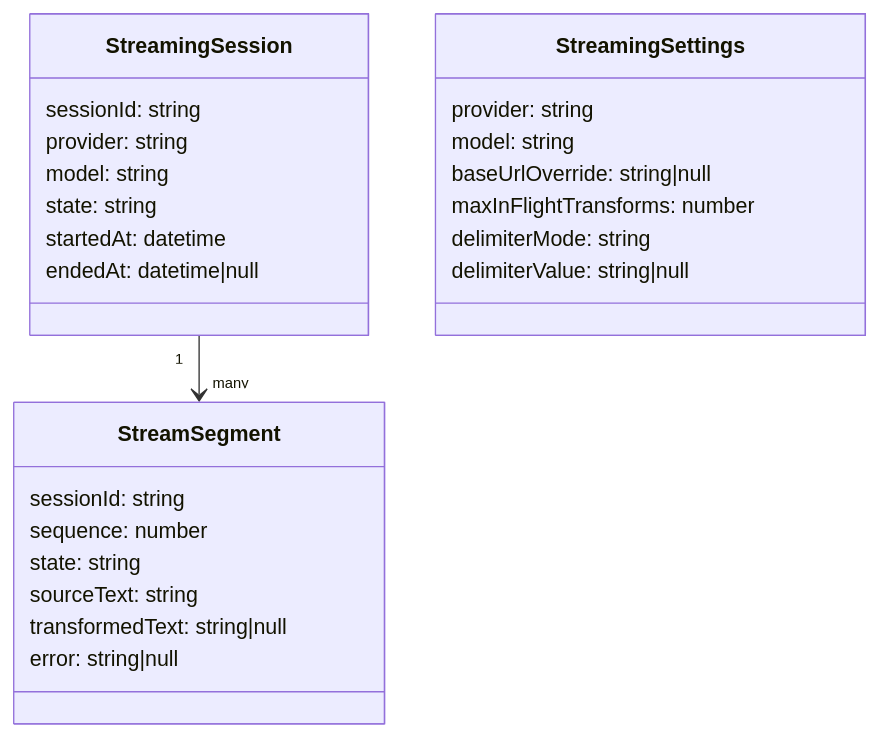
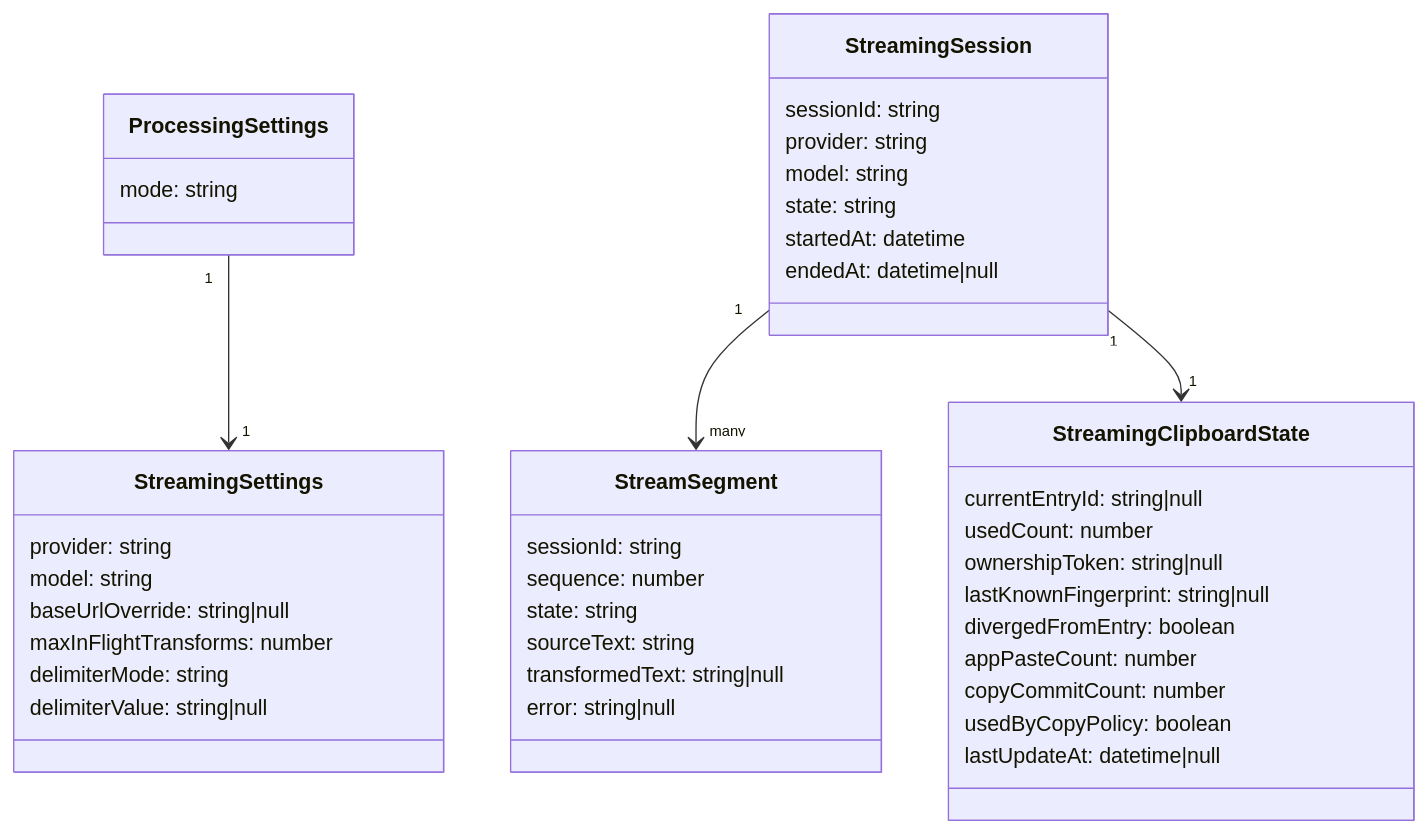
The sixth of 8 diagrams in specs/v1-spec.md (massun-onibakuchi/speech-to-text-app), drawn with Mermaid before and after one commit. The commit also changed other lines of this file, not shown here.

Commit message:
docs: unify streaming architecture schema and data model

````diff
--- a/specs/v1-spec.md
+++ b/specs/v1-spec.md
@@ -554,31 +683,49 @@
 ```mermaid
 classDiagram
+  class ProcessingSettings {
+    mode: string
+  }
+
   class StreamingSession {
     sessionId: string
     provider: string
     model: string
     state: string
     startedAt: datetime
     endedAt: datetime|null
   }
 
   class StreamSegment {
     sessionId: string
     sequence: number
     state: string
     sourceText: string
     transformedText: string|null
     error: string|null
   }
 
   class StreamingSettings {
     provider: string
     model: string
     baseUrlOverride: string|null
     maxInFlightTransforms: number
     delimiterMode: string
     delimiterValue: string|null
   }
 
+  class StreamingClipboardState {
+    currentEntryId: string|null
+    usedCount: number
+    ownershipToken: string|null
+    lastKnownFingerprint: string|null
+    divergedFromEntry: boolean
+    appPasteCount: number
+    copyCommitCount: number
+    usedByCopyPolicy: boolean
+    lastUpdateAt: datetime|null
+  }
+
   StreamingSession "1" --> "many" StreamSegment
+  StreamingSession "1" --> "1" StreamingClipboardState
+  ProcessingSettings "1" --> "1" StreamingSettings
 ```
````
